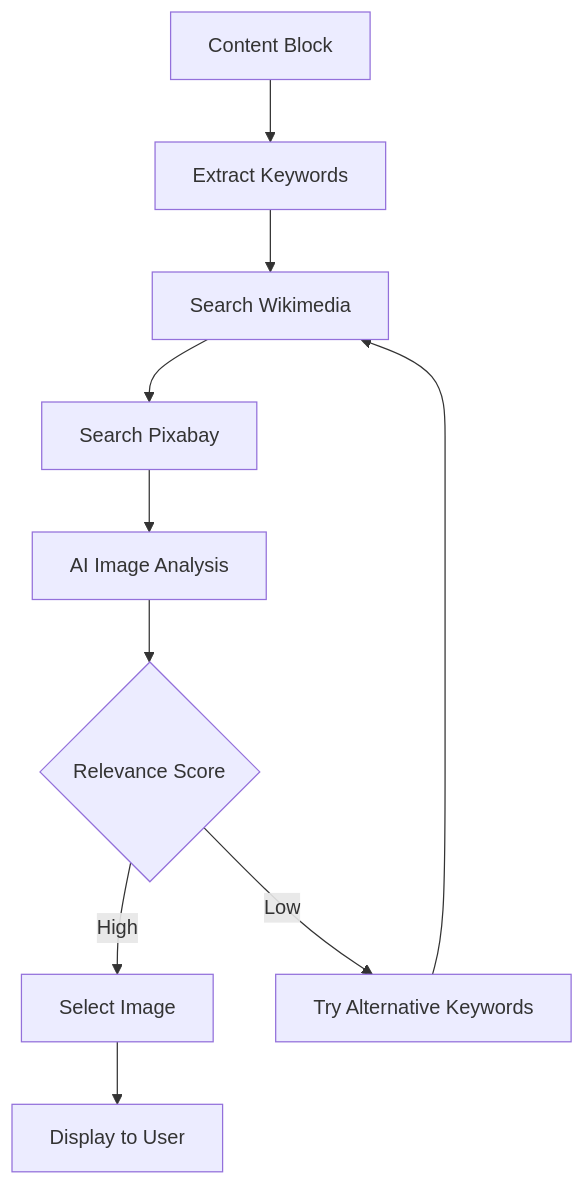
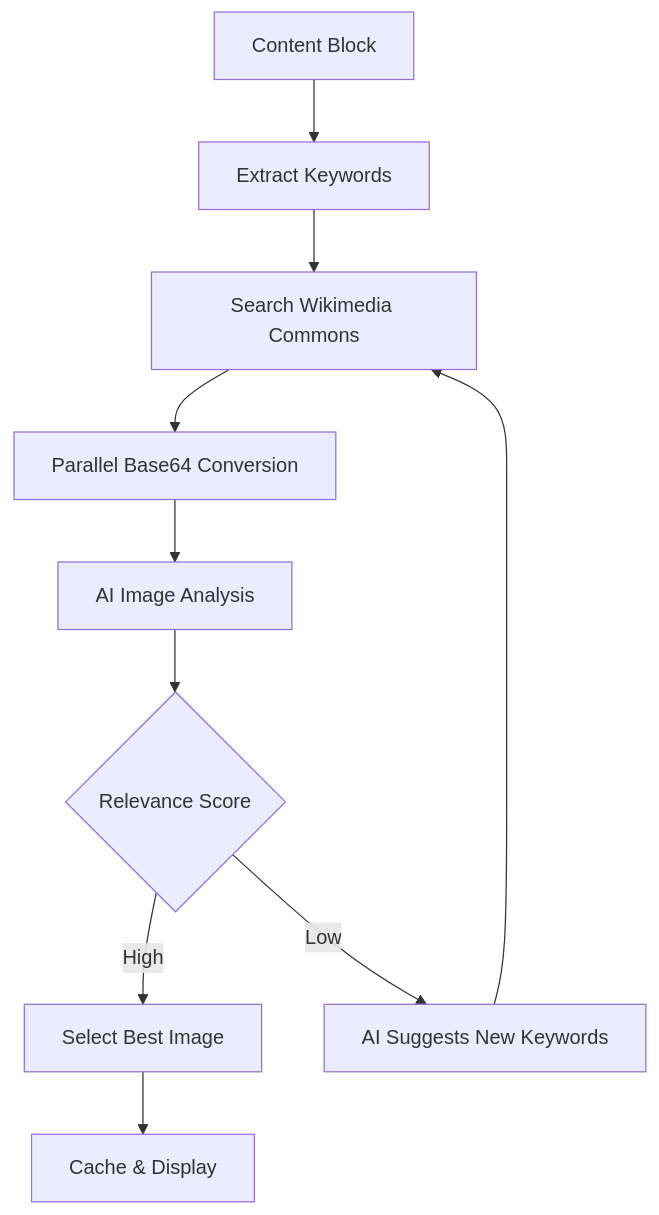
Before and after one commit to HVbajoria/HV-LearnOS: diagram 16 of 20 in README.md, drawn with Mermaid. The commit also changed other lines of this file and 18 other files, not shown here.

````diff
--- a/README.md
+++ b/README.md
@@ -657,12 +666,12 @@
 ```mermaid
 flowchart TD
     A[Content Block] --> B[Extract Keywords]
-    B --> C[Search Wikimedia]
-    C --> D[Search Pixabay]
+    B --> C[Search Wikimedia Commons]
+    C --> D[Parallel Base64 Conversion]
     D --> E[AI Image Analysis]
     E --> F{Relevance Score}
-    F -->|High| G[Select Image]
-    F -->|Low| H[Try Alternative Keywords]
+    F -->|High| G[Select Best Image]
+    F -->|Low| H[AI Suggests New Keywords]
     H --> C
-    G --> I[Display to User]
+    G --> I[Cache & Display]
 ```
````
